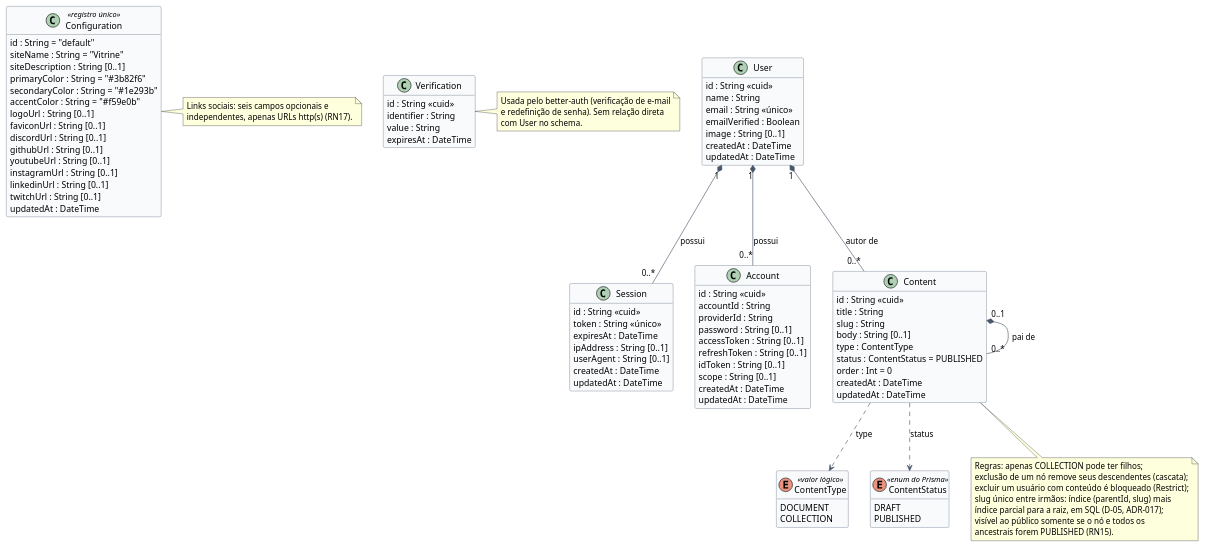
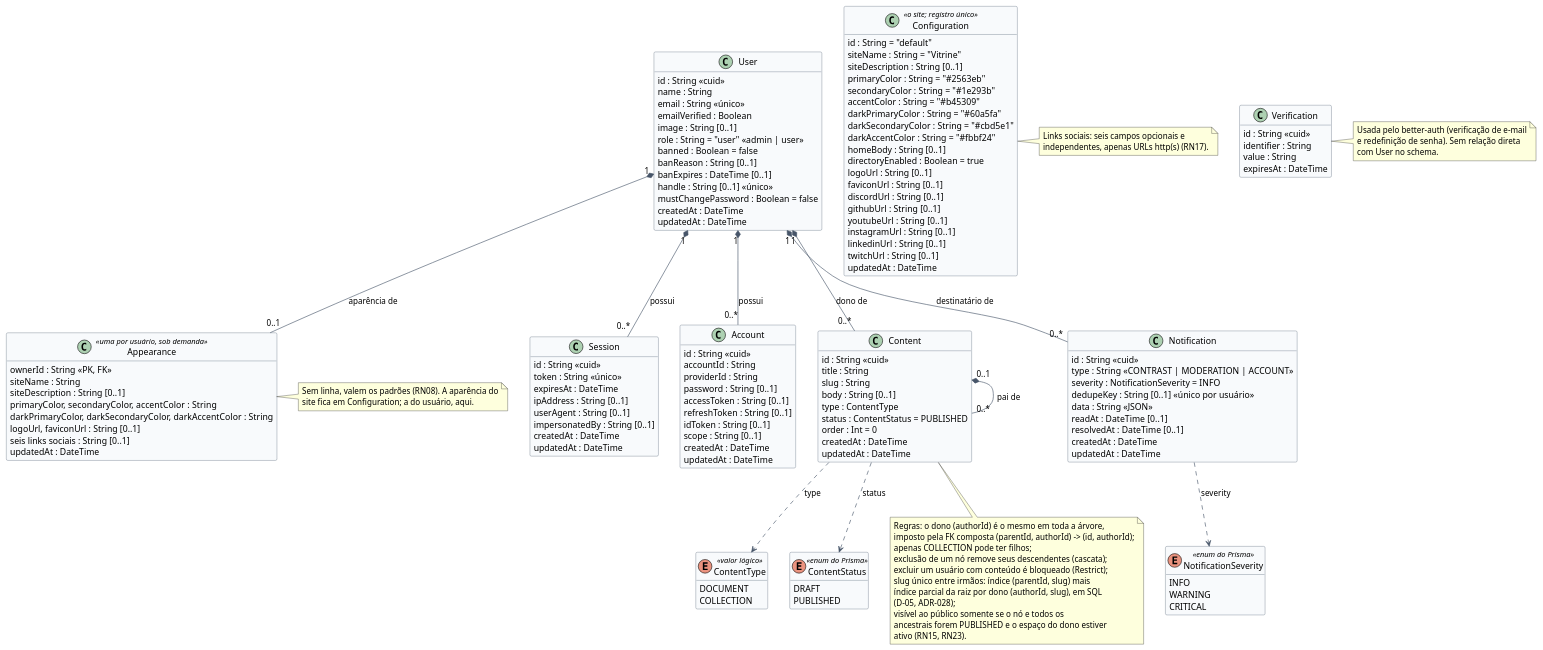
One commit to fromcaio/vitrine changed the diagram in doc/diagrams/src/classes-dominio.puml. Above: the diagram before and after it, drawn with PlantUML. The commit also changed 6 other files, not shown here.

First line of the commit message:
docs: Entrega 3 da especificação multiusuário (Cap. 5, Apêndices A, B, D e E, DBML e classes)

```diff
--- a/doc/diagrams/src/classes-dominio.puml
+++ b/doc/diagrams/src/classes-dominio.puml
@@ -1,121 +1,175 @@
 @startuml classes-dominio
 ' ===========================================================================
 ' Vitrine - Modelo de domínio (diagrama de classes)
 ' Figura: fig:classes-dominio (doc/tex/capitulos/cap5_arquitetura.tex)
-' Espelha prisma/schema.prisma. Atualizar junto com er-vitrine.dbml.
+' Modelo-alvo multiusuário (ADR-023 a ADR-028 e ADR-031; módulo M15): espelha
+' er-vitrine.dbml. Enquanto o M15 não for integrado, prisma/schema.prisma tem
+' o esquema anterior. Atualizar junto com er-vitrine.dbml.
 ' ===========================================================================
 skinparam shadowing false
 skinparam classAttributeIconSize 0
 skinparam ArrowColor #475569
 skinparam class {
   BackgroundColor #F8FAFC
   BorderColor #475569
 }
 hide empty methods
 
 enum ContentType <<valor lógico>> {
   DOCUMENT
   COLLECTION
 }
 
 enum ContentStatus <<enum do Prisma>> {
   DRAFT
   PUBLISHED
 }
 
+enum NotificationSeverity <<enum do Prisma>> {
+  INFO
+  WARNING
+  CRITICAL
+}
+
 class User {
   id : String <<cuid>>
   name : String
   email : String <<único>>
   emailVerified : Boolean
   image : String [0..1]
+  role : String = "user" <<admin | user>>
+  banned : Boolean = false
+  banReason : String [0..1]
+  banExpires : DateTime [0..1]
+  handle : String [0..1] <<único>>
+  mustChangePassword : Boolean = false
   createdAt : DateTime
   updatedAt : DateTime
 }
 
 class Session {
   id : String <<cuid>>
   token : String <<único>>
   expiresAt : DateTime
   ipAddress : String [0..1]
   userAgent : String [0..1]
+  impersonatedBy : String [0..1]
   createdAt : DateTime
   updatedAt : DateTime
 }
 
 class Account {
   id : String <<cuid>>
   accountId : String
   providerId : String
   password : String [0..1]
   accessToken : String [0..1]
   refreshToken : String [0..1]
   idToken : String [0..1]
   scope : String [0..1]
   createdAt : DateTime
   updatedAt : DateTime
 }
 
 class Verification {
   id : String <<cuid>>
   identifier : String
   value : String
   expiresAt : DateTime
 }
 
 class Content {
   id : String <<cuid>>
   title : String
   slug : String
   body : String [0..1]
   type : ContentType
   status : ContentStatus = PUBLISHED
   order : Int = 0
   createdAt : DateTime
   updatedAt : DateTime
 }
 
-class Configuration <<registro único>> {
+class Configuration <<o site; registro único>> {
   id : String = "default"
   siteName : String = "Vitrine"
   siteDescription : String [0..1]
-  primaryColor : String = "#3b82f6"
+  primaryColor : String = "#2563eb"
   secondaryColor : String = "#1e293b"
-  accentColor : String = "#f59e0b"
+  accentColor : String = "#b45309"
+  darkPrimaryColor : String = "#60a5fa"
+  darkSecondaryColor : String = "#cbd5e1"
+  darkAccentColor : String = "#fbbf24"
+  homeBody : String [0..1]
+  directoryEnabled : Boolean = true
   logoUrl : String [0..1]
   faviconUrl : String [0..1]
   discordUrl : String [0..1]
   githubUrl : String [0..1]
   youtubeUrl : String [0..1]
   instagramUrl : String [0..1]
   linkedinUrl : String [0..1]
   twitchUrl : String [0..1]
   updatedAt : DateTime
 }
 
+class Appearance <<uma por usuário, sob demanda>> {
+  ownerId : String <<PK, FK>>
+  siteName : String
+  siteDescription : String [0..1]
+  primaryColor, secondaryColor, accentColor : String
+  darkPrimaryColor, darkSecondaryColor, darkAccentColor : String
+  logoUrl, faviconUrl : String [0..1]
+  seis links sociais : String [0..1]
+  updatedAt : DateTime
+}
+
+class Notification {
+  id : String <<cuid>>
+  type : String <<CONTRAST | MODERATION | ACCOUNT>>
+  severity : NotificationSeverity = INFO
+  dedupeKey : String [0..1] <<único por usuário>>
+  data : String <<JSON>>
+  readAt : DateTime [0..1]
+  resolvedAt : DateTime [0..1]
+  createdAt : DateTime
+  updatedAt : DateTime
+}
+
 User "1" *-- "0..*" Session : possui
 User "1" *-- "0..*" Account : possui
-User "1" *-- "0..*" Content : autor de
+User "1" *-- "0..*" Content : dono de
+User "1" *-- "0..1" Appearance : aparência de
+User "1" *-- "0..*" Notification : destinatário de
+Notification ..> NotificationSeverity : severity
 Content "0..1" *-- "0..*" Content : pai de
 Content ..> ContentType : type
 Content ..> ContentStatus : status
 
 note bottom of Content
-  Regras: apenas COLLECTION pode ter filhos;
+  Regras: o dono (authorId) é o mesmo em toda a árvore,
+  imposto pela FK composta (parentId, authorId) -> (id, authorId);
+  apenas COLLECTION pode ter filhos;
   exclusão de um nó remove seus descendentes (cascata);
   excluir um usuário com conteúdo é bloqueado (Restrict);
   slug único entre irmãos: índice (parentId, slug) mais
-  índice parcial para a raiz, em SQL (D-05, ADR-017);
+  índice parcial da raiz por dono (authorId, slug), em SQL
+  (D-05, ADR-028);
   visível ao público somente se o nó e todos os
-  ancestrais forem PUBLISHED (RN15).
+  ancestrais forem PUBLISHED e o espaço do dono estiver
+  ativo (RN15, RN23).
+end note
+note right of Appearance
+  Sem linha, valem os padrões (RN08). A aparência do
+  site fica em Configuration; a do usuário, aqui.
 end note
 note right of Configuration
   Links sociais: seis campos opcionais e
   independentes, apenas URLs http(s) (RN17).
 end note
 note right of Verification
   Usada pelo better-auth (verificação de e-mail
   e redefinição de senha). Sem relação direta
   com User no schema.
 end note
 @enduml
```
